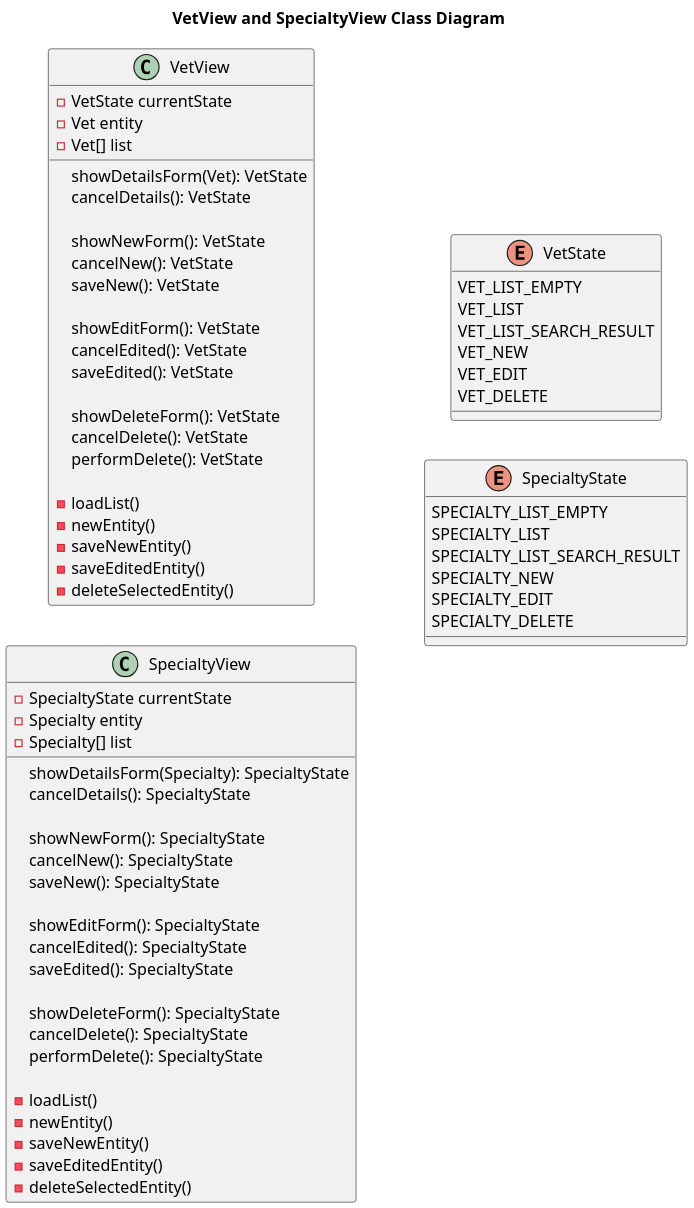
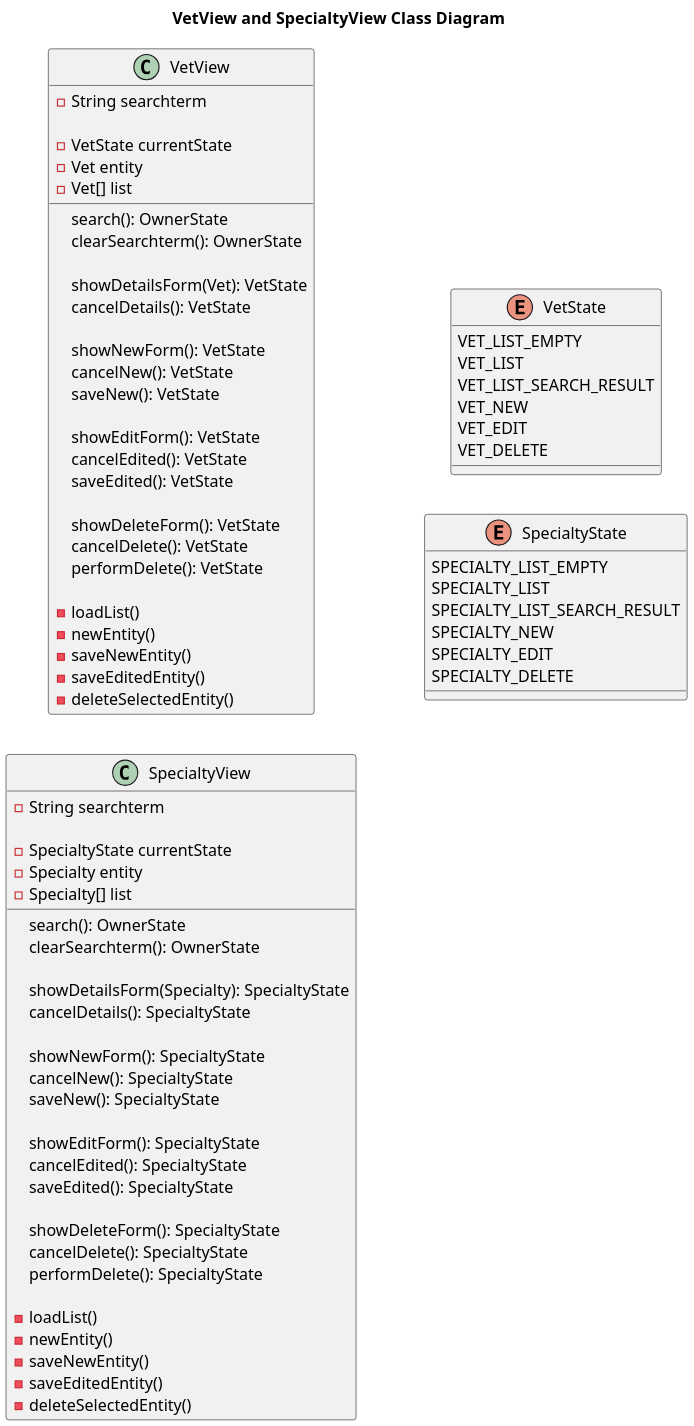
One commit to Jakarta-EE-Petclinic/petclinic-jakartaee changed the diagram in src/main/plantuml/vet/Vet__View__Class.puml. Above: the diagram before and after it, drawn with PlantUML. The commit also changed 1 other file, not shown here.

```diff
--- a/src/main/plantuml/vet/Vet__View__Class.puml
+++ b/src/main/plantuml/vet/Vet__View__Class.puml
@@ -1,85 +1,95 @@
 @startuml
 'https://plantuml.com/class-diagram
 
 title VetView and SpecialtyView Class Diagram
 
 left to right direction
 'top to bottom direction
 
 scale 1200 width
 
 class VetView {
 
+    - String searchterm
+
     - VetState currentState
     - Vet entity
     - Vet[] list
+
+    search(): OwnerState
+    clearSearchterm(): OwnerState
 
     showDetailsForm(Vet): VetState
     cancelDetails(): VetState
 
     showNewForm(): VetState
     cancelNew(): VetState
     saveNew(): VetState
 
     showEditForm(): VetState
     cancelEdited(): VetState
     saveEdited(): VetState
 
     showDeleteForm(): VetState
     cancelDelete(): VetState
     performDelete(): VetState
 
     - loadList()
     - newEntity()
     - saveNewEntity()
     - saveEditedEntity()
     - deleteSelectedEntity()
 }
 
 class SpecialtyView {
 
+    - String searchterm
+
     - SpecialtyState currentState
     - Specialty entity
     - Specialty[] list
+
+    search(): OwnerState
+    clearSearchterm(): OwnerState
 
     showDetailsForm(Specialty): SpecialtyState
     cancelDetails(): SpecialtyState
 
     showNewForm(): SpecialtyState
     cancelNew(): SpecialtyState
     saveNew(): SpecialtyState
 
     showEditForm(): SpecialtyState
     cancelEdited(): SpecialtyState
     saveEdited(): SpecialtyState
 
     showDeleteForm(): SpecialtyState
     cancelDelete(): SpecialtyState
     performDelete(): SpecialtyState
 
     - loadList()
     - newEntity()
     - saveNewEntity()
     - saveEditedEntity()
     - deleteSelectedEntity()
 }
 
 enum VetState {
     VET_LIST_EMPTY
     VET_LIST
     VET_LIST_SEARCH_RESULT
     VET_NEW
     VET_EDIT
     VET_DELETE
 }
 
 enum SpecialtyState {
     SPECIALTY_LIST_EMPTY
     SPECIALTY_LIST
     SPECIALTY_LIST_SEARCH_RESULT
     SPECIALTY_NEW
     SPECIALTY_EDIT
     SPECIALTY_DELETE
 }
 
 @enduml
```
